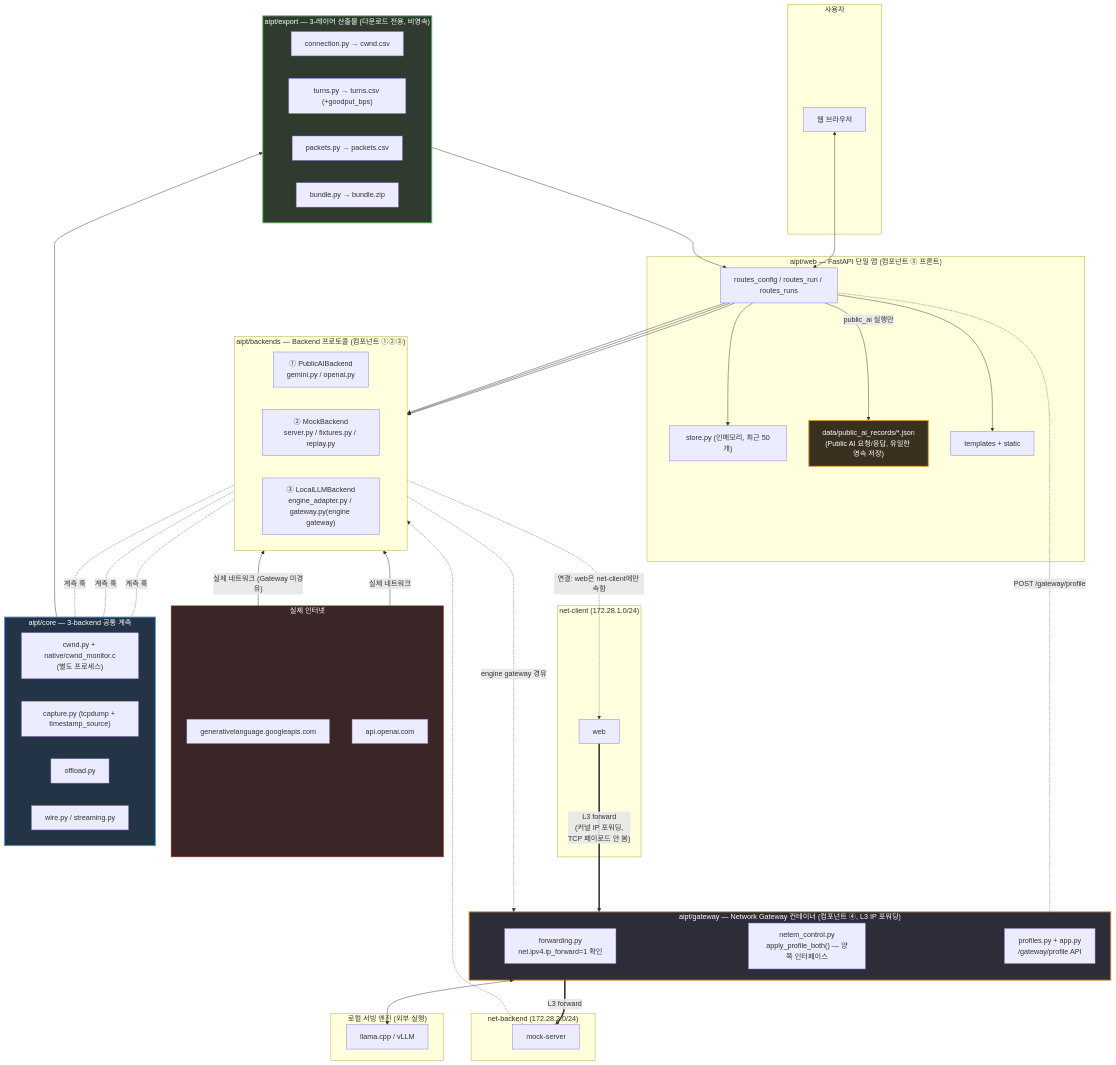
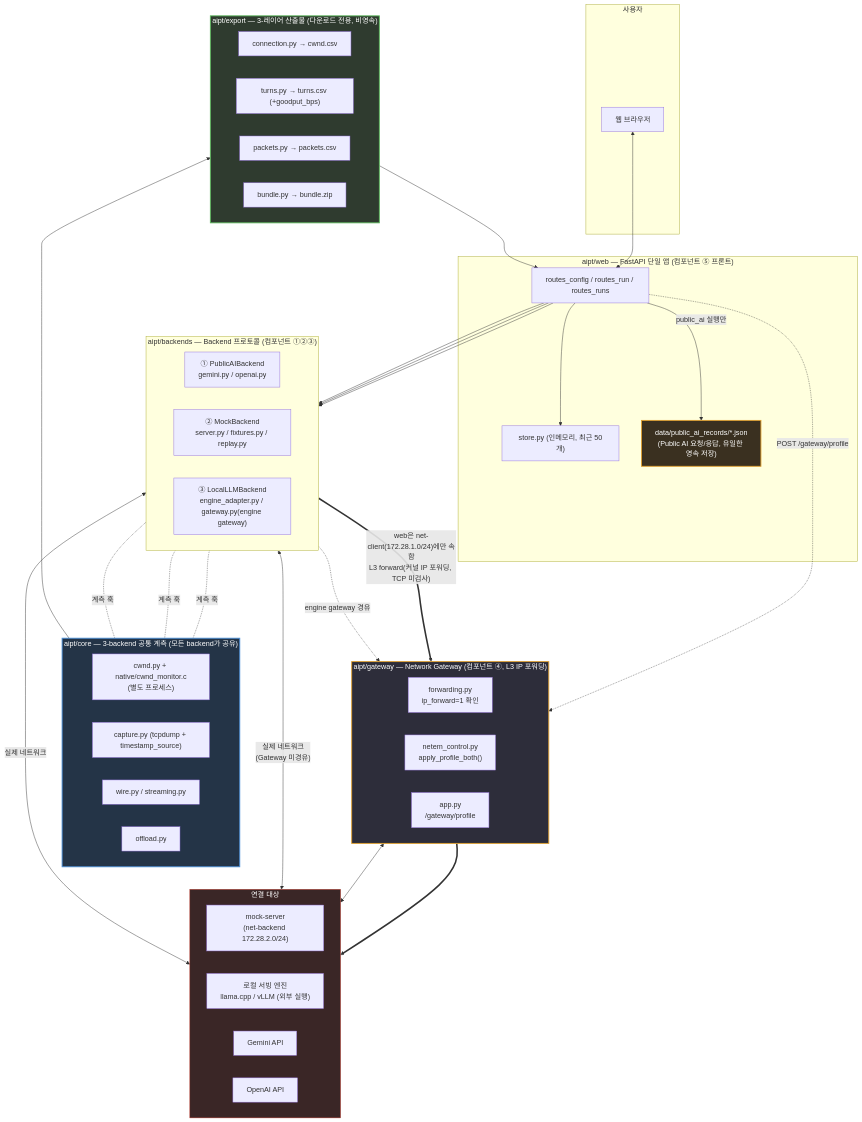
Before and after one commit to sangrokhan/remote_work: the first of 4 diagrams in AIPT/ARCHITECTURE.md, drawn with Mermaid.

Commit message:
docs(AIPT): simplify architecture diagram layout
Moved aipt/core above aipt/backends (client requested reducing the
vertical space wasted below it) and collapsed four single-node
subgraphs (net-client/net-backend/실제 인터넷/로컬 서빙 엔진) into one
compact 'TARGETS' group, since each only held one or two nodes and was
forcing the diagram wider than necessary. No content removed -- same
components, connections, and annotations, just fewer subgraph rows.

````diff
--- a/AIPT/ARCHITECTURE.md
+++ b/AIPT/ARCHITECTURE.md
@@ -20,7 +20,14 @@
         Routes["routes_config / routes_run / routes_runs"]
         Store["store.py (인메모리, 최근 50개)"]
         Records["data/public_ai_records/*.json<br/>(Public AI 요청/응답, 유일한 영속 저장)"]
-        Templates["templates + static"]
+    end
+
+    subgraph CORE["aipt/core — 3-backend 공통 계측 (모든 backend가 공유)"]
+        direction LR
+        Cwnd["cwnd.py + native/cwnd_monitor.c<br/>(별도 프로세스)"]
+        Capture["capture.py (tcpdump + timestamp_source)"]
+        Wire["wire.py / streaming.py"]
+        Offload["offload.py"]
     end
 
     subgraph BACKENDS["aipt/backends — Backend 프로토콜 (컴포넌트 ①②③)"]
@@ -30,34 +37,19 @@
         LocalLLM["③ LocalLLMBackend<br/>engine_adapter.py / gateway.py(engine gateway)"]
     end
 
-    subgraph GATEWAY["aipt/gateway — Network Gateway 컨테이너 (컴포넌트 ④, L3 IP 포워딩)"]
-        Forward["forwarding.py<br/>net.ipv4.ip_forward=1 확인"]
-        Netem["netem_control.py<br/>apply_profile_both() — 양쪽 인터페이스"]
-        ProfileAPI["profiles.py + app.py<br/>/gateway/profile API"]
+    subgraph GATEWAY["aipt/gateway — Network Gateway (컴포넌트 ④, L3 IP 포워딩)"]
+        direction LR
+        Forward["forwarding.py<br/>ip_forward=1 확인"]
+        Netem["netem_control.py<br/>apply_profile_both()"]
+        ProfileAPI["app.py<br/>/gateway/profile"]
     end
 
-    subgraph NETCLIENT["net-client (172.28.1.0/24)"]
-        WebNet["web"]
-    end
-    subgraph NETBACKEND["net-backend (172.28.2.0/24)"]
-        MockNet["mock-server"]
-    end
-
-    subgraph EXT["실제 인터넷"]
-        Gemini["generativelanguage.googleapis.com"]
-        OpenAI["api.openai.com"]
-    end
-
-    subgraph LLMSRV["로컬 서빙 엔진 (외부 실행)"]
-        Engine["llama.cpp / vLLM"]
-    end
-
-    subgraph CORE["aipt/core — 3-backend 공통 계측"]
+    subgraph TARGETS["연결 대상"]
         direction LR
-        Cwnd["cwnd.py + native/cwnd_monitor.c<br/>(별도 프로세스)"]
-        Capture["capture.py (tcpdump + timestamp_source)"]
-        Offload["offload.py"]
-        Wire["wire.py / streaming.py"]
+        MockNet["mock-server<br/>(net-backend 172.28.2.0/24)"]
+        Engine["로컬 서빙 엔진<br/>llama.cpp / vLLM (외부 실행)"]
+        Gemini["Gemini API"]
+        OpenAI["OpenAI API"]
     end
 
     subgraph EXPORT["aipt/export — 3-레이어 산출물 (다운로드 전용, 비영속)"]
@@ -69,7 +61,6 @@
     end
 
     Browser <--> Routes
-    Routes --> Templates
     Routes --> Store
     Routes -->|"public_ai 실행만"| Records
     Routes --> PublicAI
@@ -77,26 +68,23 @@
     Routes --> LocalLLM
     Routes -.->|"POST /gateway/profile"| ProfileAPI
 
-    PublicAI <-->|"실제 네트워크 (Gateway 미경유)"| Gemini
-    PublicAI <-->|"실제 네트워크"| OpenAI
-
-    Mock -.->|"연결: web은 net-client에만 속함"| WebNet
-    WebNet ==>|"L3 forward<br/>(커널 IP 포워딩,<br/>TCP 페이로드 안 봄)"| GATEWAY
-    GATEWAY ==>|"L3 forward"| MockNet
-    MockNet -.-> Mock
-    LocalLLM -.->|"engine gateway 경유"| GATEWAY
-    GATEWAY <--> Engine
-
     PublicAI -. 계측 훅 .- CORE
     Mock -. 계측 훅 .- CORE
     LocalLLM -. 계측 훅 .- CORE
-
     CORE --> EXPORT
     EXPORT --> Routes
+
+    PublicAI <-->|"실제 네트워크<br/>(Gateway 미경유)"| Gemini
+    PublicAI <-->|"실제 네트워크"| OpenAI
+
+    Mock ==>|"web은 net-client(172.28.1.0/24)에만 속함<br/>L3 forward(커널 IP 포워딩, TCP 미검사)"| GATEWAY
+    GATEWAY ==> MockNet
+    LocalLLM -.->|"engine gateway 경유"| GATEWAY
+    GATEWAY <--> Engine
 
     style GATEWAY fill:#2d2d3a,stroke:#e0a030,stroke-width:2px,color:#fff
     style CORE fill:#243447,stroke:#4a90d9,stroke-width:2px,color:#fff
     style EXPORT fill:#2f3b2f,stroke:#5cb85c,stroke-width:2px,color:#fff
-    style EXT fill:#3a2626,stroke:#c0392b,stroke-width:1px,color:#fff
+    style TARGETS fill:#3a2626,stroke:#c0392b,stroke-width:1px,color:#fff
     style Records fill:#3a3020,stroke:#e0a030,stroke-width:2px,color:#fff
 ```
````
